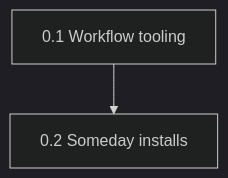
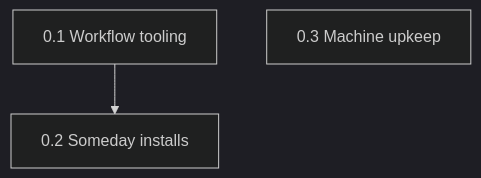
One commit to Nicolas-Rigaudy/archeotech-dotfiles changed the diagram in logics/roadmap/road_002_dotfiles_machine_config.md. Above: the diagram before and after it, drawn with Mermaid (dark theme). The commit also changed other lines of this file and 11 other files, not shown here.

````diff
--- a/logics/roadmap/road_002_dotfiles_machine_config.md
+++ b/logics/roadmap/road_002_dotfiles_machine_config.md
@@ -17,6 +18,7 @@
 ```mermaid
 flowchart TD
   A[0.1 Workflow tooling]
   B[0.2 Someday installs]
+  C[0.3 Machine upkeep]
   A --> B
 ```
````
